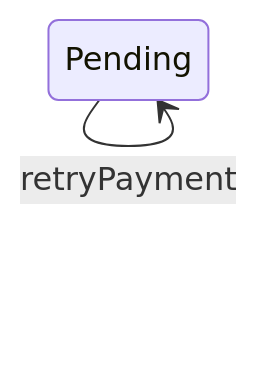
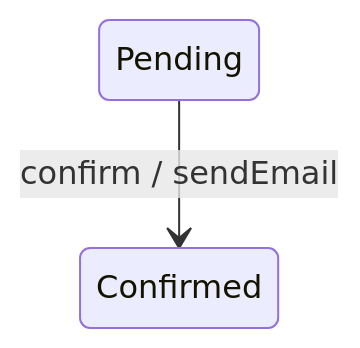
Before and after one commit to namaewafaisal/Obsidian_Vault: the third of 6 diagrams in 03-Academics/OOSE/New Draft/5.8 — State Chart Diagram.md, drawn with Mermaid. The commit also changed other lines of this file and 4 other files, not shown here.

````diff
--- a/03-Academics/OOSE/New Draft/5.8 — State Chart Diagram.md
+++ b/03-Academics/OOSE/New Draft/5.8 — State Chart Diagram.md
@@ -61,4 +174,5 @@
 ```mermaid
 stateDiagram-v2
-    Pending --> Pending : retryPayment
+
+Pending --> Confirmed : confirm / sendEmail
 ```
````
